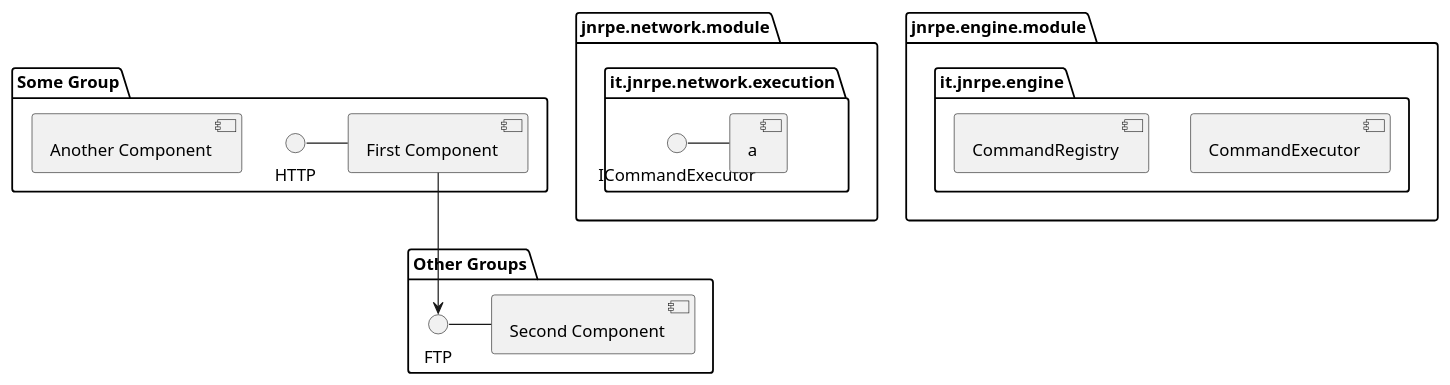
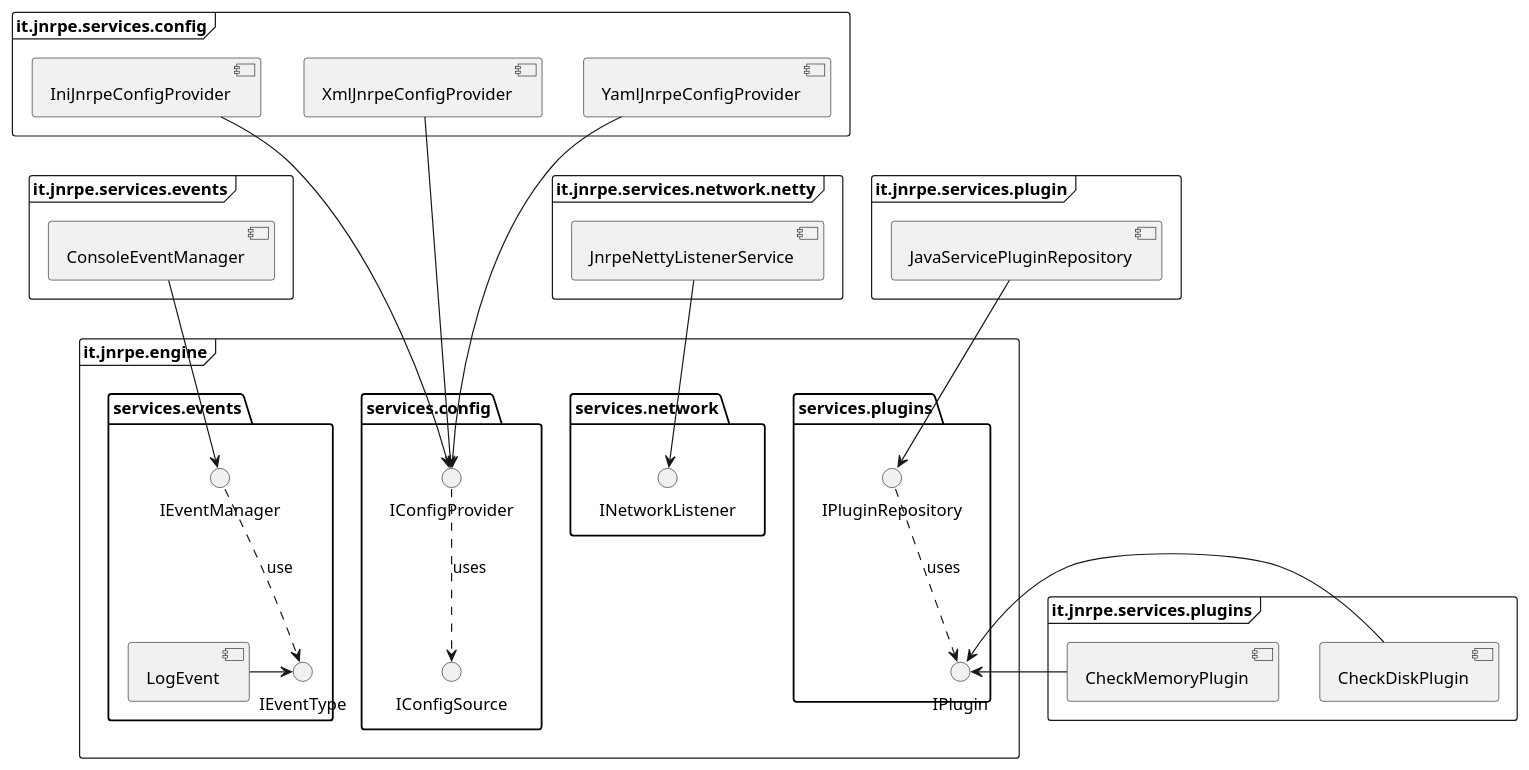
The diagram in jnrpe-components.puml (ziccardi/jnrpe), drawn with PlantUML before and after one commit. The commit also changed 58 other files, not shown here.

```diff
--- a/jnrpe-components.puml
+++ b/jnrpe-components.puml
@@ -1,28 +1,51 @@
 @startuml
 
-package "Some Group" {
-HTTP - [First Component]
-[Another Component]
-}
+frame it.jnrpe.engine {
+    package services.events {
+        () IEventManager
+        () IEventType
+        IEventManager ..> IEventType : use
+        [LogEvent] -> IEventType
+    }
 
-package "Other Groups" {
-FTP - [Second Component]
+    package services.config {
+        () IConfigProvider
+        () IConfigSource
+        IConfigProvider ..> IConfigSource : uses
+    }
 
-[First Component] --> FTP
-}
+    package services.network {
+        () INetworkListener
+    }
 
-package "jnrpe.engine.module" {
-    package "it.jnrpe.engine" {
-        [CommandExecutor]
-        [CommandRegistry]
+    package services.plugins {
+        () IPlugin
+        () IPluginRepository
+        IPluginRepository ..> IPlugin : uses
     }
 }
 
-package "jnrpe.network.module" {
-    package "it.jnrpe.network.execution" {
-        ICommandExecutor - [a]
-        [CommandRegistry]
-    }
+frame it.jnrpe.services.events {
+    [ConsoleEventManager] --> IEventManager
+}
+
+frame it.jnrpe.services.config {
+    [IniJnrpeConfigProvider] ---> IConfigProvider
+    [XmlJnrpeConfigProvider] ---> IConfigProvider
+    [YamlJnrpeConfigProvider] ---> IConfigProvider
+}
+
+frame it.jnrpe.services.network.netty {
+    [JnrpeNettyListenerService] --> INetworkListener
+}
+
+frame it.jnrpe.services.plugin {
+    [JavaServicePluginRepository] --> IPluginRepository
+}
+
+frame it.jnrpe.services.plugins {
+    [CheckDiskPlugin] -> IPlugin
+    [CheckMemoryPlugin] -> IPlugin
 }
 
 @enduml
```
